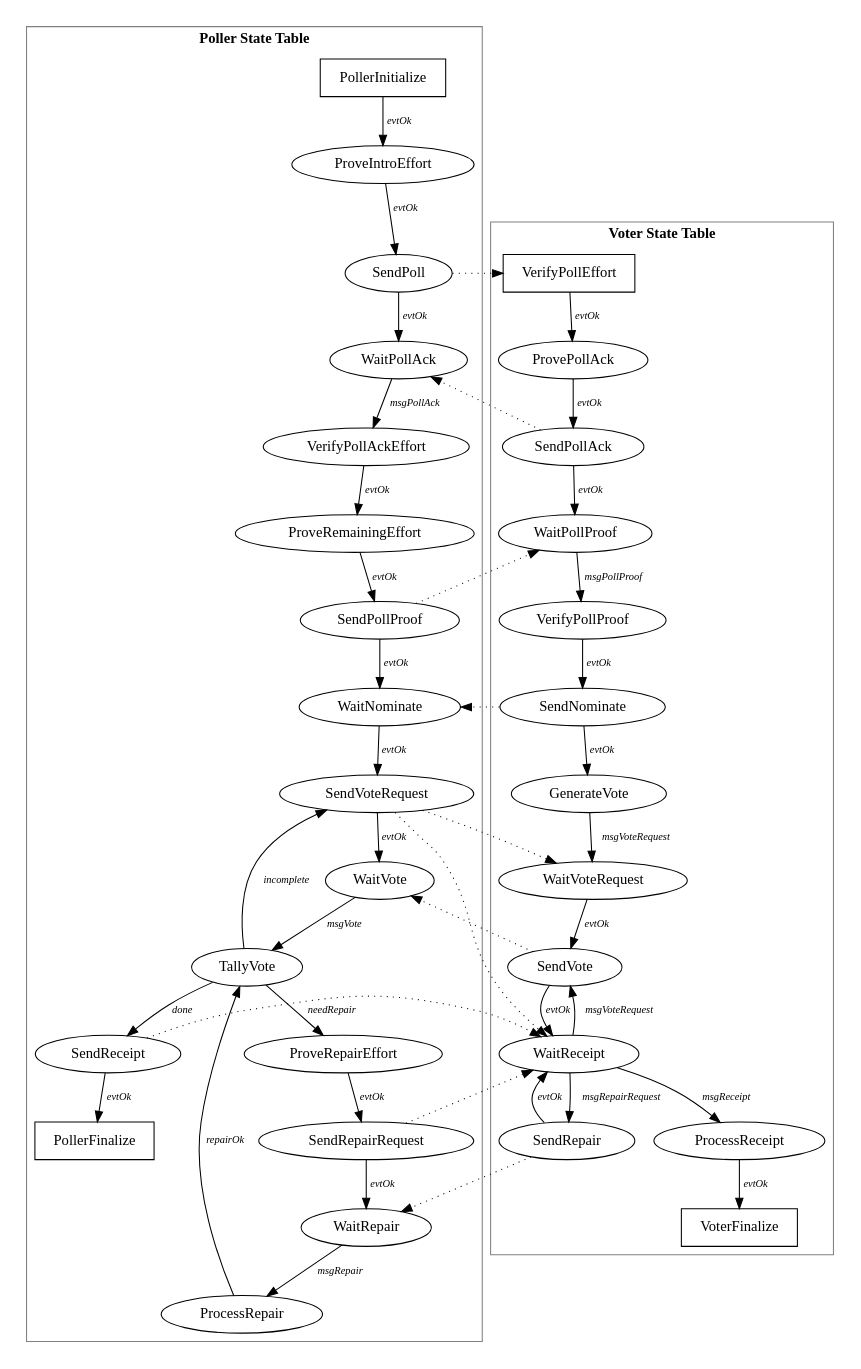
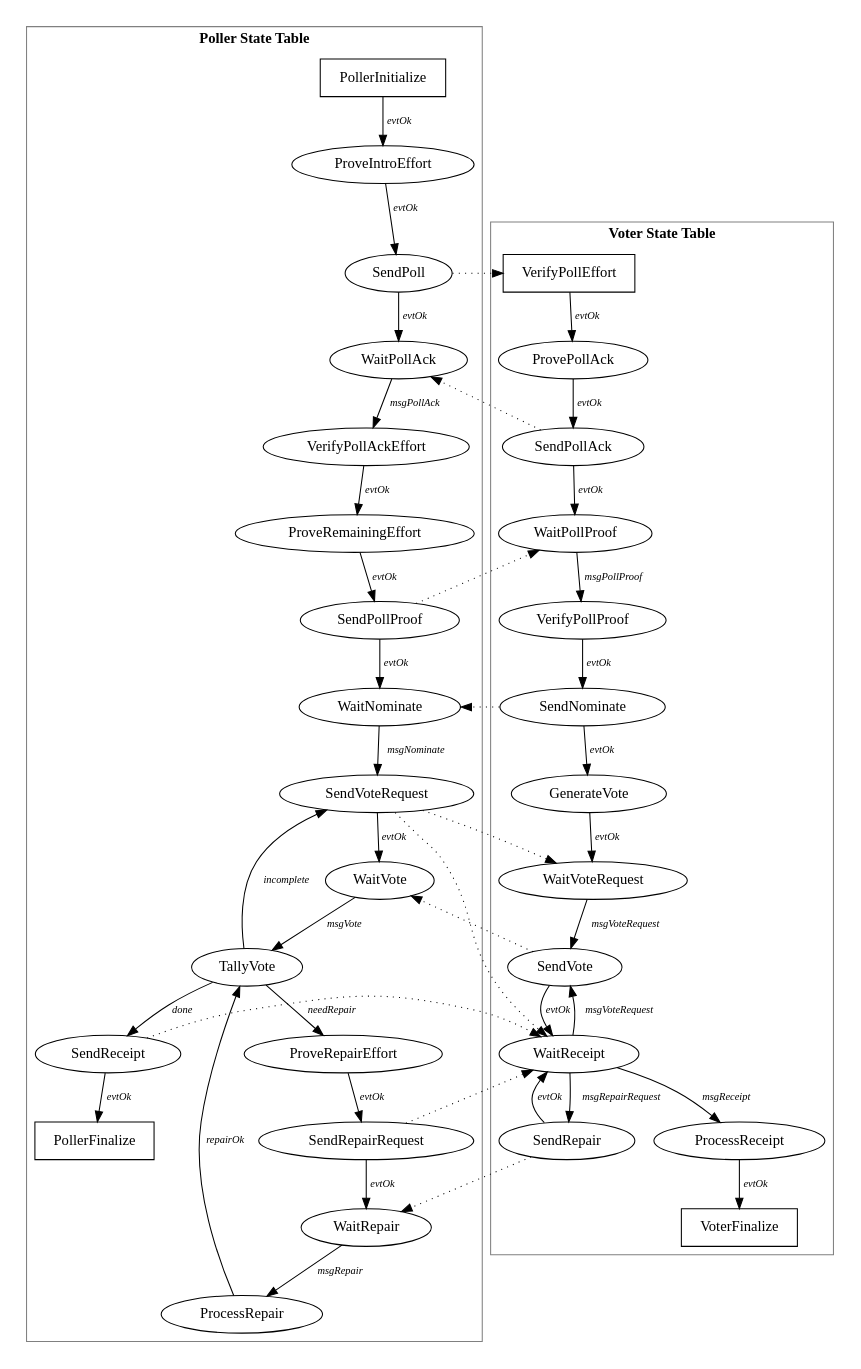
Before and after one commit to fkautz/cmusv-practicum: the diagram in src/org/lockss/poller/v3/states.dot, drawn with Graphviz.

Commit message:
Minor event name fixes.

```diff
--- a/src/org/lockss/poller/v3/states.dot
+++ b/src/org/lockss/poller/v3/states.dot
@@ -1,110 +1,110 @@
 /* -*- Mode: C -*- */
 /*
  * $Id$
  */
 /*
 Copyright (c) 2000-2005 Board of Trustees of Leland Stanford Jr. University,
 all rights reserved.
 
 Permission is hereby granted, free of charge, to any person obtaining a copy
 of this software and associated documentation files (the "Software"), to deal
 in the Software without restriction, including without limitation the rights
 to use, copy, modify, merge, publish, distribute, sublicense, and/or sell
 copies of the Software, and to permit persons to whom the Software is
 furnished to do so, subject to the following conditions:
 
 The above copyright notice and this permission notice shall be included in
 all copies or substantial portions of the Software.
 
 THE SOFTWARE IS PROVIDED "AS IS", WITHOUT WARRANTY OF ANY KIND, EXPRESS OR
 IMPLIED, INCLUDING BUT NOT LIMITED TO THE WARRANTIES OF MERCHANTABILITY,
 FITNESS FOR A PARTICULAR PURPOSE AND NONINFRINGEMENT.  IN NO EVENT SHALL
 STANFORD UNIVERSITY BE LIABLE FOR ANY CLAIM, DAMAGES OR OTHER LIABILITY,
 WHETHER IN AN ACTION OF CONTRACT, TORT OR OTHERWISE, ARISING FROM, OUT OF OR
 IN CONNECTION WITH THE SOFTWARE OR THE USE OR OTHER DEALINGS IN THE SOFTWARE.
 
 Except as contained in this notice, the name of Stanford University shall not
 be used in advertising or otherwise to promote the sale, use or other dealings
 in this Software without prior written authorization from Stanford University.
 */
 
 /*
  * State diagrams of V3 polling protocol.
  *
  * To generate postscript, run    dot -Tps -o <outfile>.ps states.dot
  */
 
 digraph StateMachine {
   edge [fontname="Times-Italic"];
   node [fontname="Times-Roman"];
 
   subgraph cluster0 {
     color=grey;
     fontname="Times-Bold";
     fontsize="14";
     label="Poller State Table";
 
     PollerInitialize [shape=box];
     PollerFinalize [shape=box];
 
     PollerInitialize -> ProveIntroEffort [label="evtOk",fontsize="10"];
     ProveIntroEffort -> SendPoll [label="evtOk",fontsize="10"];
     SendPoll -> WaitPollAck [label="evtOk",fontsize="10"];
     WaitPollAck -> VerifyPollAckEffort [label="msgPollAck",fontsize="10"];
     VerifyPollAckEffort -> ProveRemainingEffort [label="evtOk",fontsize="10"];
     ProveRemainingEffort -> SendPollProof [label="evtOk",fontsize="10"];
     SendPollProof -> WaitNominate [label="evtOk",fontsize="10"];
-    WaitNominate -> SendVoteRequest [label="evtOk",fontsize="10"];
+    WaitNominate -> SendVoteRequest [label="msgNominate",fontsize="10"];
     WaitVote -> TallyVote [label="msgVote",fontsize="10"];
     TallyVote -> SendVoteRequest [label="incomplete",fontsize="10"];
     SendVoteRequest -> WaitVote [label="evtOk",fontsize="10"];
     TallyVote -> ProveRepairEffort [label="needRepair",fontsize="10"];
     TallyVote -> SendReceipt [label="done",fontsize="10"];
     ProveRepairEffort -> SendRepairRequest [label="evtOk",fontsize="10"];
     SendRepairRequest -> WaitRepair [label="evtOk",fontsize="10"];
     WaitRepair -> ProcessRepair [label="msgRepair",fontsize="10"];
     ProcessRepair -> TallyVote [label="repairOk",fontsize="10"];
     SendReceipt -> PollerFinalize [label="evtOk",fontsize="10"];
   }
 
   subgraph cluster1 {
     color=grey;
     fontname="Times-Bold";
     fontsize="14";
     label="Voter State Table";
 
     VerifyPollEffort [shape=box];
     VoterFinalize [shape=box];
 
     VerifyPollEffort -> ProvePollAck [label="evtOk",fontsize="10"];
     ProvePollAck -> SendPollAck [label="evtOk",fontsize="10"];
     SendPollAck -> WaitPollProof [label="evtOk",fontsize="10"];
     WaitPollProof -> VerifyPollProof [label="msgPollProof",fontsize="10"];
     VerifyPollProof -> SendNominate [label="evtOk",fontsize="10"];
     SendNominate -> GenerateVote [label="evtOk",fontsize="10"];
-    GenerateVote -> WaitVoteRequest [label="msgVoteRequest",fontsize="10"];
-    WaitVoteRequest -> SendVote [label="evtOk",fontsize="10"];
+    GenerateVote -> WaitVoteRequest [label="evtOk",fontsize="10"];
+    WaitVoteRequest -> SendVote [label="msgVoteRequest",fontsize="10"];
     SendVote -> WaitReceipt [label="evtOk",fontsize="10"];
     WaitReceipt -> SendVote [label="msgVoteRequest",fontsize="10"];
     WaitReceipt -> SendRepair [label="msgRepairRequest",fontsize="10"];
     WaitReceipt -> ProcessReceipt [label="msgReceipt",fontsize="10"];
     SendRepair -> WaitReceipt [label="evtOk",fontsize="10"];
     ProcessReceipt -> VoterFinalize [label="evtOk",fontsize="10"];
   }
 
   center=true;
 
   page="8.5,11";
   size="7.5,10";
 
   SendPoll -> VerifyPollEffort [style=dotted];
   SendPollAck -> WaitPollAck [style=dotted];
   SendNominate -> WaitNominate [style=dotted];
   SendVote -> WaitVote [style=dotted];
   SendVoteRequest -> WaitVoteRequest [style=dotted];
   SendVoteRequest -> WaitReceipt [style=dotted];
   SendPollProof -> WaitPollProof [style=dotted];
   SendReceipt -> WaitReceipt [style=dotted];
   SendRepairRequest -> WaitReceipt [style=dotted];
   SendRepair -> WaitRepair [style=dotted];
 }
```
